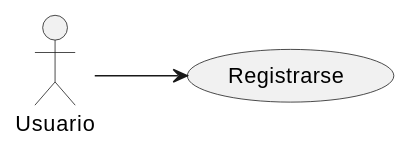
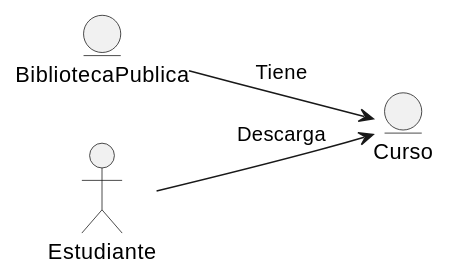
One commit to the-HaMo/PDS-proyect changed the diagram in info/Desarrollo-Caso4.md. Above: the diagram before and after it, drawn with PlantUML. The commit also changed other lines of this file, not shown here.

```diff
--- a/info/Desarrollo-Caso4.md
+++ b/info/Desarrollo-Caso4.md
@@ -5,4 +5,8 @@
 @startuml
 left to right direction
-:Usuario: --> (Registrarse)
+entity BibliotecaPublica
+entity Curso
+actor Estudiante
+BibliotecaPublica --> Curso : Tiene
+Estudiante --> Curso : Descarga
 @enduml
```
